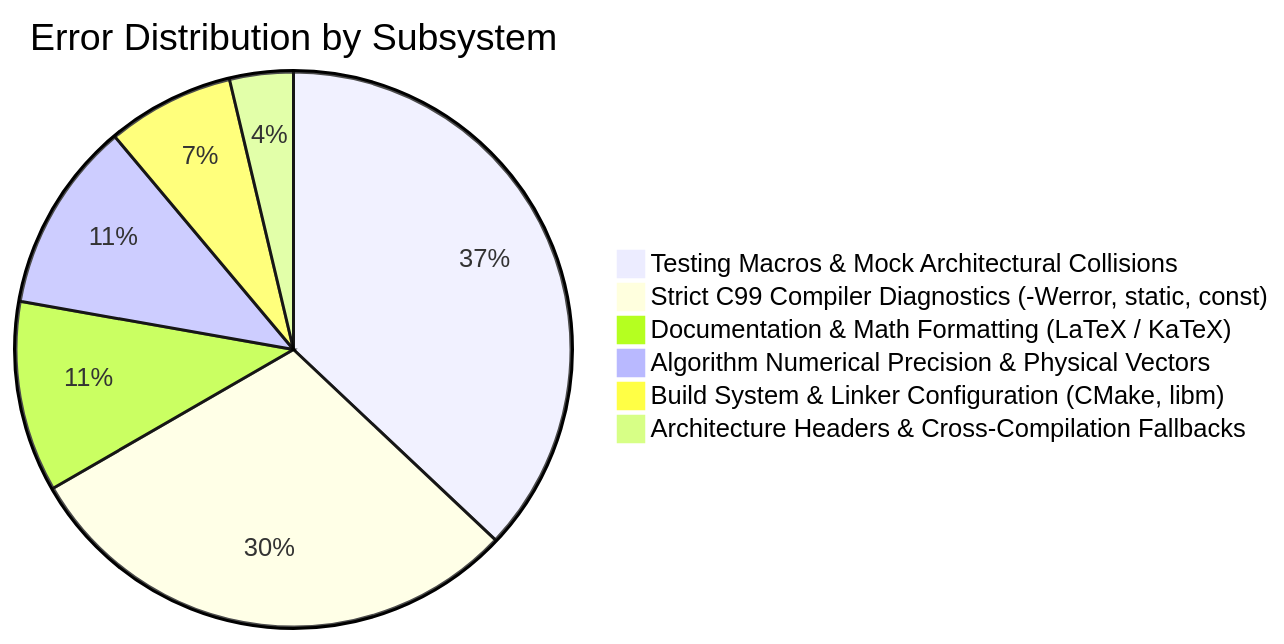
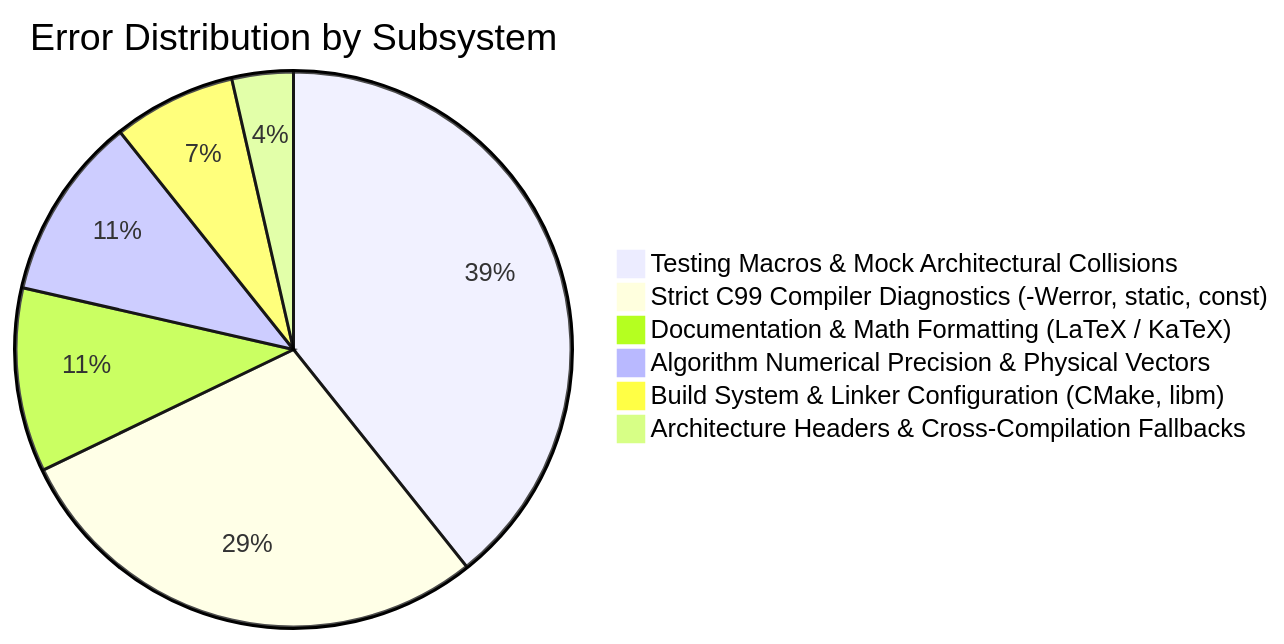
The diagram in context/errors/README.md (Thejus26/rain-predict), drawn with Mermaid before and after one commit. The commit also changed other lines of this file and 3 other files, not shown here.

````diff
--- a/context/errors/README.md
+++ b/context/errors/README.md
@@ -43,9 +44,9 @@
 ```mermaid
 pie title Error Distribution by Subsystem
-    "Testing Macros & Mock Architectural Collisions" : 10
+    "Testing Macros & Mock Architectural Collisions" : 11
     "Strict C99 Compiler Diagnostics (-Werror, static, const)" : 8
     "Documentation & Math Formatting (LaTeX / KaTeX)" : 3
     "Algorithm Numerical Precision & Physical Vectors" : 3
     "Build System & Linker Configuration (CMake, libm)" : 2
     "Architecture Headers & Cross-Compilation Fallbacks" : 1
 ```
````
